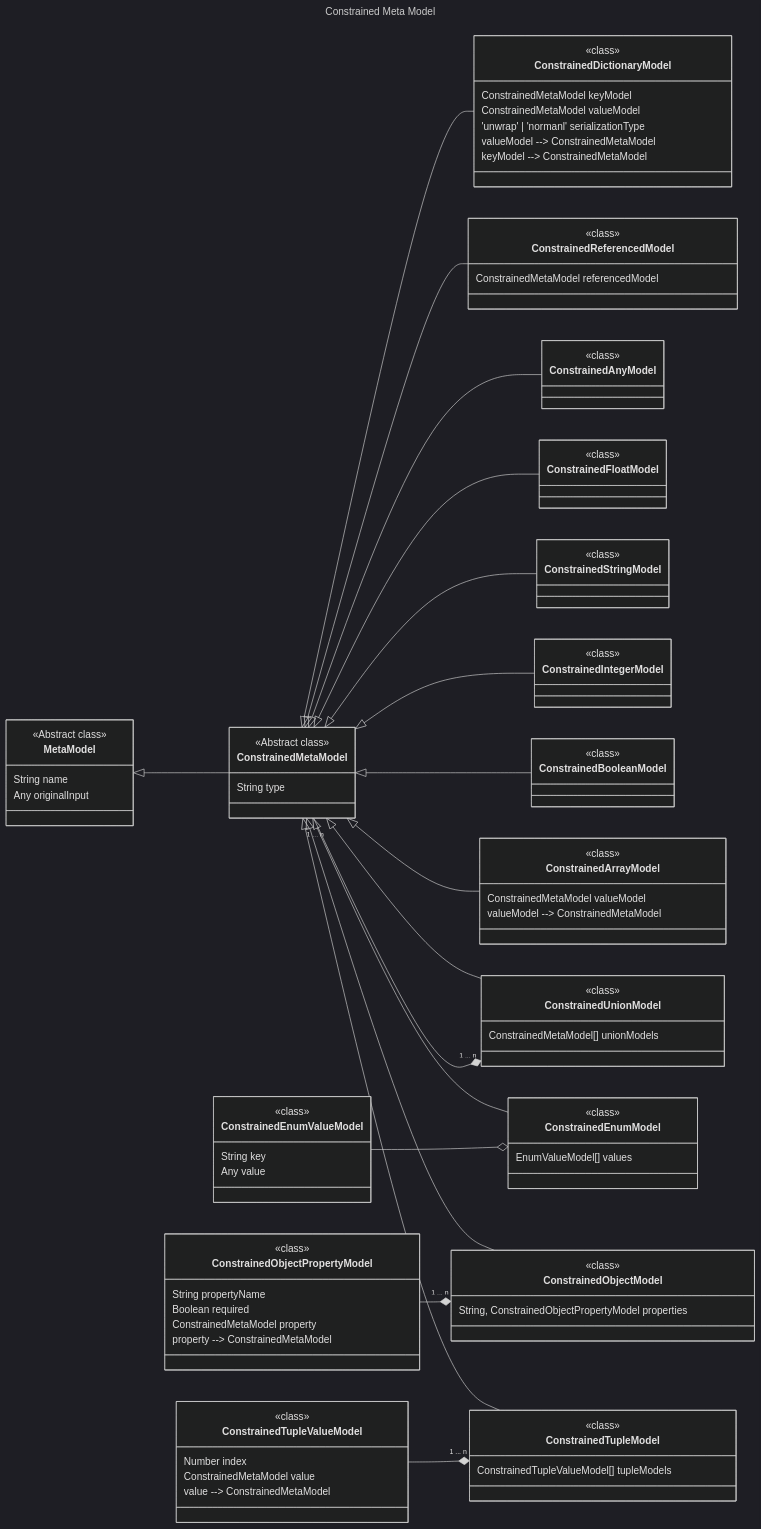
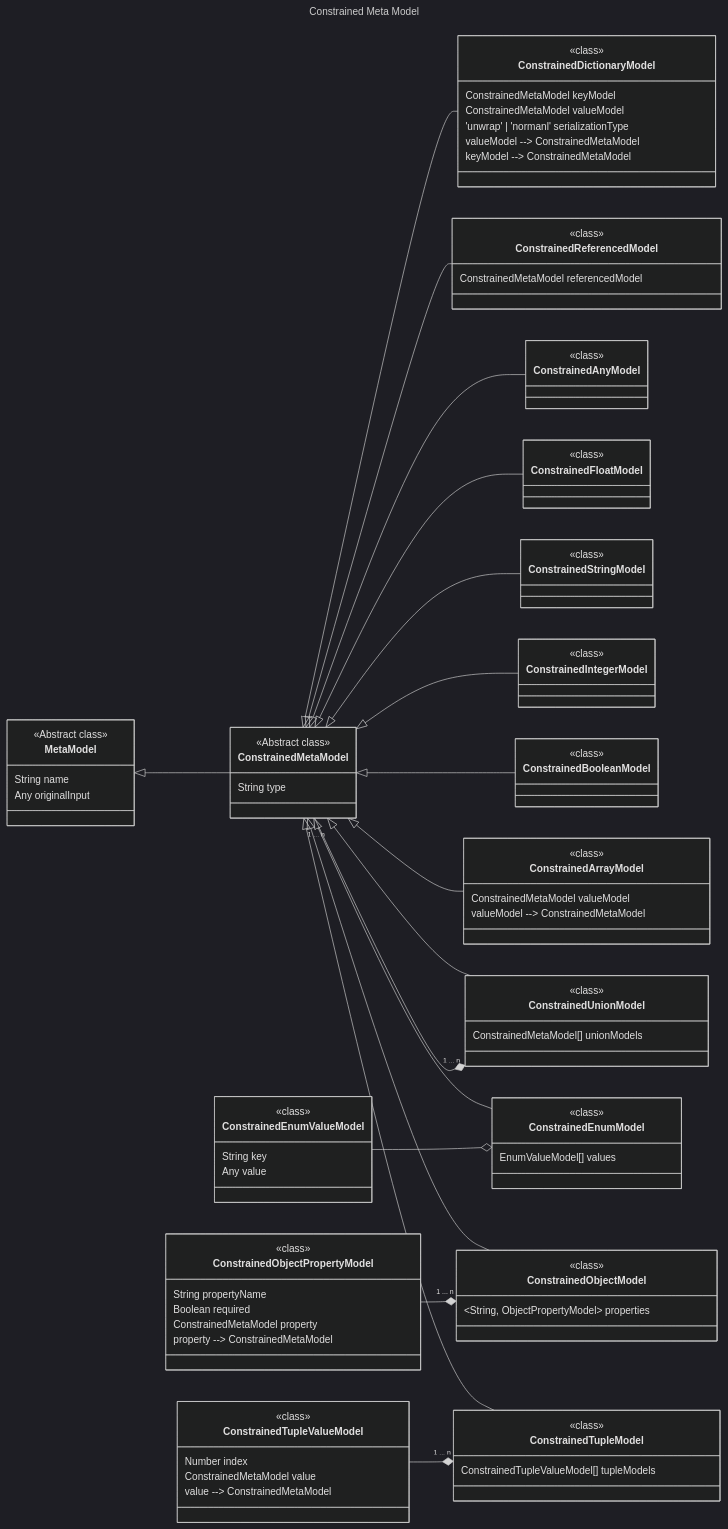
Before and after one commit to asyncapi/modelina: the second of 2 diagrams in docs/internal-model.md, drawn with Mermaid (dark theme).

Commit message:
fix: ConstrainedObjectModel properties type

```diff
--- a/docs/internal-model.md
+++ b/docs/internal-model.md
@@ -181,7 +181,7 @@
 
     class ConstrainedObjectModel{
         <<class>>
-        String, ConstrainedObjectPropertyModel properties
+        &lt;String, ObjectPropertyModel&gt; properties
     }
 
     class ConstrainedObjectPropertyModel{
```
